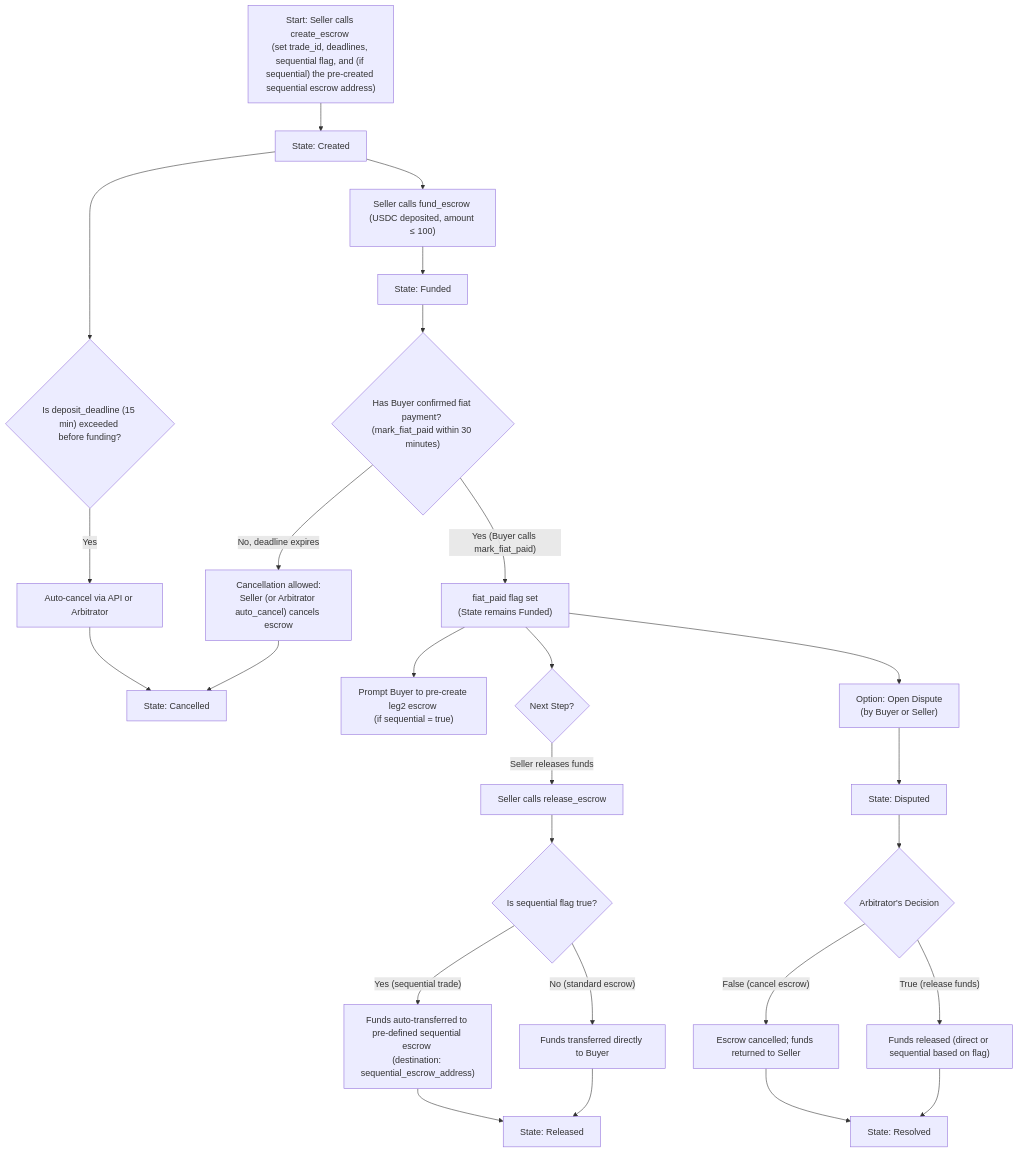
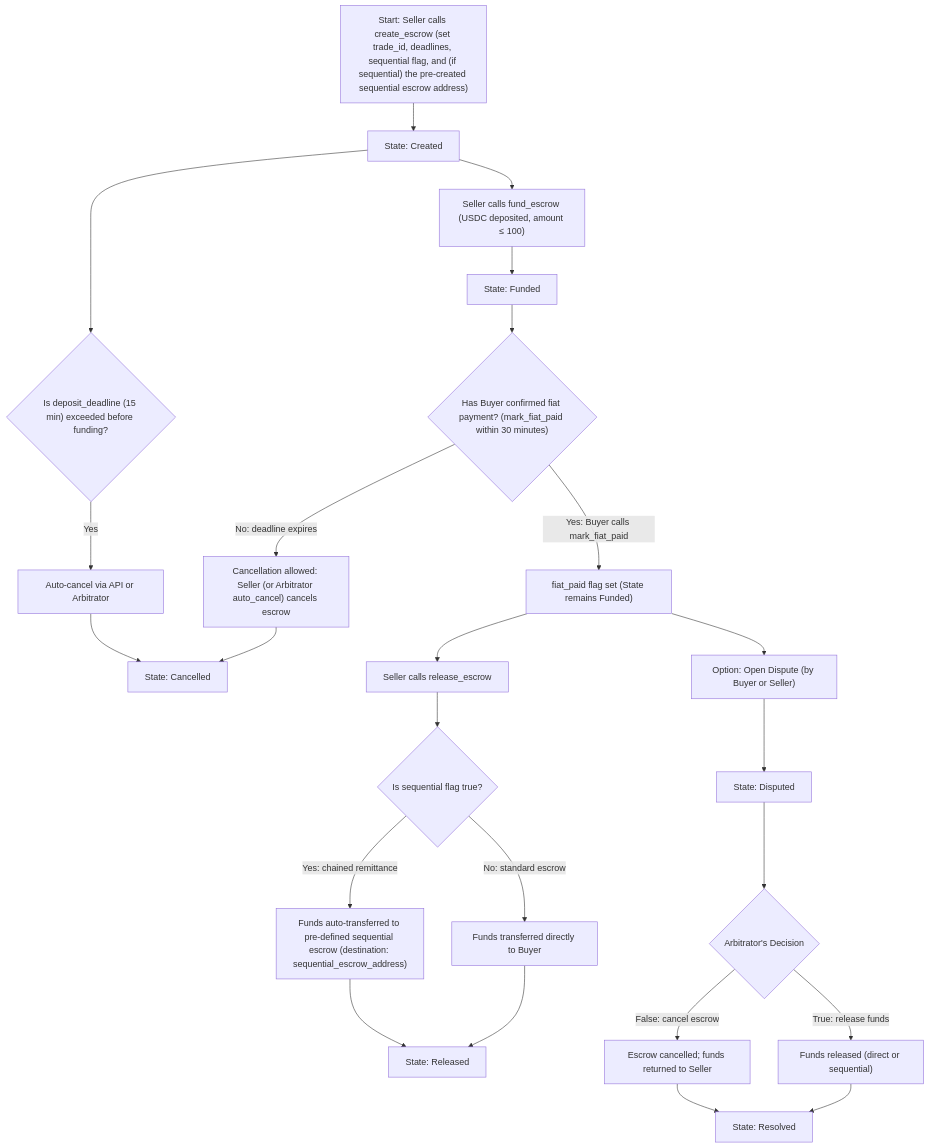
Before and after one commit to Panmoni/yapbay-contracts-sui: the diagram in docs/escrow_flow.md, drawn with Mermaid. The commit also changed other lines of this file, not shown here.

Commit message:
add escrow flow chart

````diff
--- a/docs/escrow_flow.md
+++ b/docs/escrow_flow.md
@@ -3,35 +3,32 @@
 ```mermaid
 flowchart TD
-    A["Start: Seller calls create_escrow \n(set trade_id, deadlines, sequential flag, and (if sequential) the pre-created sequential escrow address)"]
+    A["Start: Seller calls create_escrow (set trade_id, deadlines, sequential flag, and (if sequential) the pre-created sequential escrow address)"]
     A --> B["State: Created"]
-    B --> C["Seller calls fund_escrow \n(USDC deposited, amount ≤ 100)"]
+    B --> C["Seller calls fund_escrow (USDC deposited, amount ≤ 100)"]
     C --> D["State: Funded"]
     
-    D --> E{"Has Buyer confirmed fiat payment? \n(mark_fiat_paid within 30 minutes)"}
-    E -- "No, deadline expires" --> F["Cancellation allowed:\nSeller (or Arbitrator auto_cancel) cancels escrow"]
+    D --> E{"Has Buyer confirmed fiat payment? (mark_fiat_paid within 30 minutes)"}
+    E -- "No: deadline expires" --> F["Cancellation allowed: Seller (or Arbitrator auto_cancel) cancels escrow"]
     F --> G["State: Cancelled"]
     
-    E -- "Yes (Buyer calls mark_fiat_paid)" --> H["fiat_paid flag set \n(State remains Funded)"]
-    H --> I["Prompt Buyer to pre-create leg2 escrow \n(if sequential = true)"]
+    E -- "Yes: Buyer calls mark_fiat_paid" --> H["fiat_paid flag set (State remains Funded)"]
     
-    H --> J{"Next Step?"}
-    J -- "Seller releases funds" --> K["Seller calls release_escrow"]
+    H --> K["Seller calls release_escrow"]
     K --> L{"Is sequential flag true?"}
-    L -- "No (standard escrow)" --> M["Funds transferred directly to Buyer"]
+    L -- "No: standard escrow" --> M["Funds transferred directly to Buyer"]
+    L -- "Yes: chained remittance" --> O["Funds auto-transferred to pre-defined sequential escrow (destination: sequential_escrow_address)"]
     M --> N["State: Released"]
-    L -- "Yes (sequential trade)" --> O["Funds auto-transferred to pre-defined sequential escrow \n(destination: sequential_escrow_address)"]
     O --> N
     
-    H --> P["Option: Open Dispute \n(by Buyer or Seller)"]
+    H --> P["Option: Open Dispute (by Buyer or Seller)"]
     P --> Q["State: Disputed"]
     Q --> R{"Arbitrator's Decision"}
-    R -- "True (release funds)" --> S["Funds released (direct or sequential based on flag)"]
+    R -- "True: release funds" --> S["Funds released (direct or sequential)"]
     S --> T["State: Resolved"]
-    R -- "False (cancel escrow)" --> U["Escrow cancelled; funds returned to Seller"]
+    R -- "False: cancel escrow" --> U["Escrow cancelled; funds returned to Seller"]
     U --> T
     
-    B --> V{"Is deposit_deadline (15 min) exceeded \nbefore funding?"}
+    B --> V{"Is deposit_deadline (15 min) exceeded before funding?"}
     V -- "Yes" --> W["Auto-cancel via API or Arbitrator"]
     W --> G
-
 ```
````
